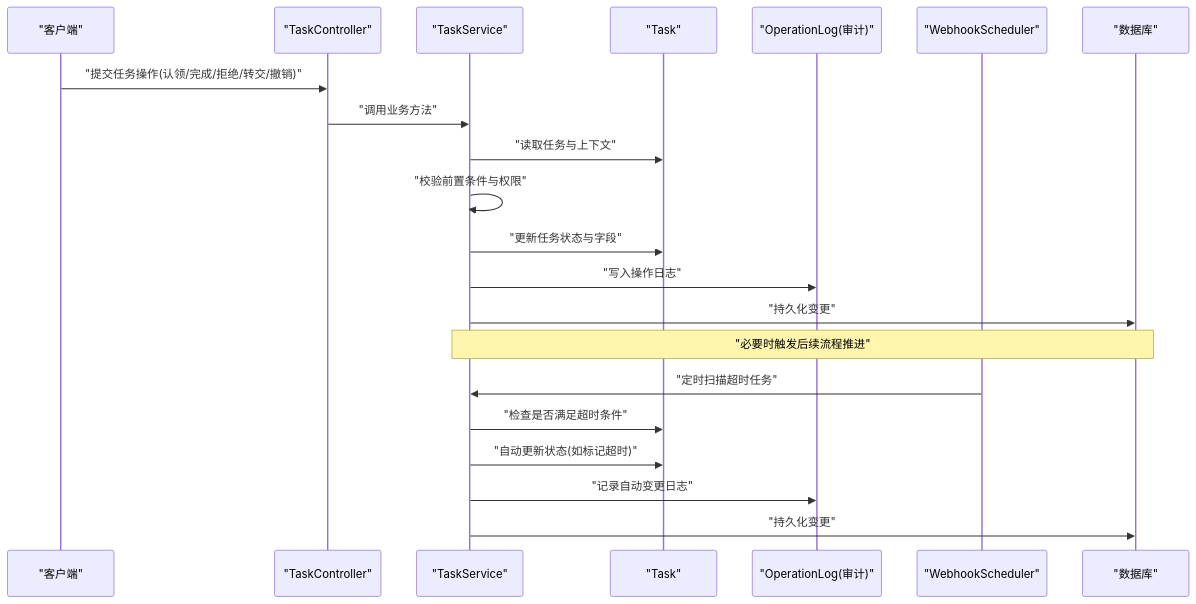
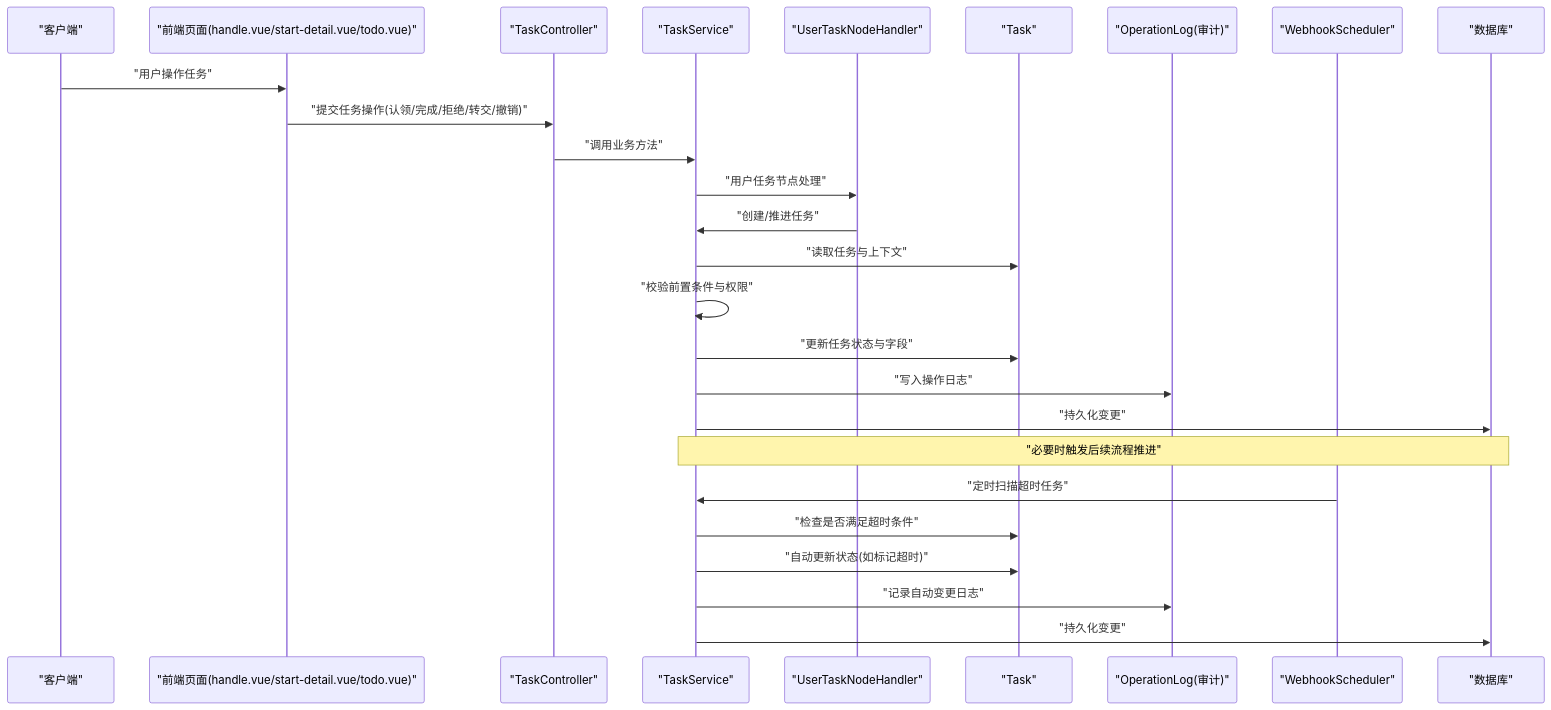
Before and after one commit to liming-lihaini/workflow: the second of 10 diagrams in .qoder/repowiki/zh/content/任务管理/任务生命周期管理.md, drawn with Mermaid. The commit also changed other lines of this file and 18 other files, not shown here.

````diff
--- a/.qoder/repowiki/zh/content/任务管理/任务生命周期管理.md
+++ b/.qoder/repowiki/zh/content/任务管理/任务生命周期管理.md
@@ -136,23 +160,28 @@
 ```mermaid
 sequenceDiagram
 participant Client as "客户端"
+participant Frontend as "前端页面(handle.vue/start-detail.vue/todo.vue)"
 participant Controller as "TaskController"
 participant Service as "TaskService"
+participant Node as "UserTaskNodeHandler"
 participant Entity as "Task"
 participant Audit as "OperationLog(审计)"
 participant Scheduler as "WebhookScheduler"
 participant DB as "数据库"
-Client->>Controller : "提交任务操作(认领/完成/拒绝/转交/撤销)"
+Client->>Frontend : "用户操作任务"
+Frontend->>Controller : "提交任务操作(认领/完成/拒绝/转交/撤销)"
 Controller->>Service : "调用业务方法"
+Service->>Node : "用户任务节点处理"
+Node->>Service : "创建/推进任务"
 Service->>Entity : "读取任务与上下文"
 Service->>Service : "校验前置条件与权限"
 Service->>Entity : "更新任务状态与字段"
 Service->>Audit : "写入操作日志"
 Service->>DB : "持久化变更"
 Note over Service,DB : "必要时触发后续流程推进"
 Scheduler->>Service : "定时扫描超时任务"
 Service->>Entity : "检查是否满足超时条件"
 Service->>Entity : "自动更新状态(如标记超时)"
 Service->>Audit : "记录自动变更日志"
 Service->>DB : "持久化变更"
 ```
````
